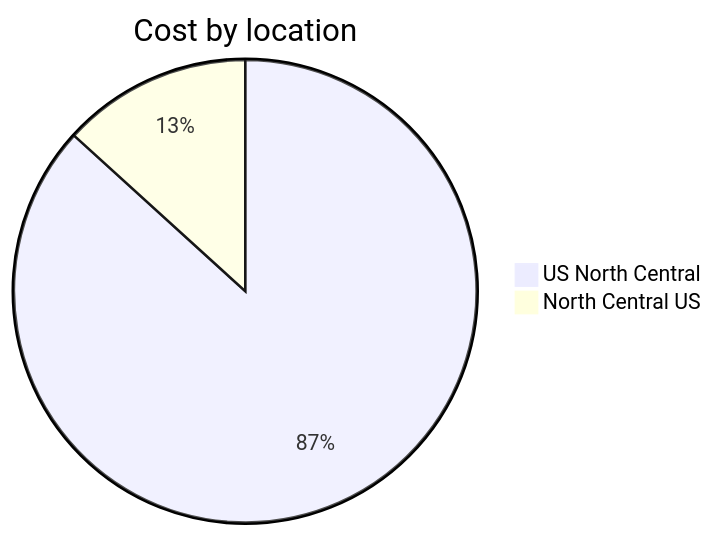
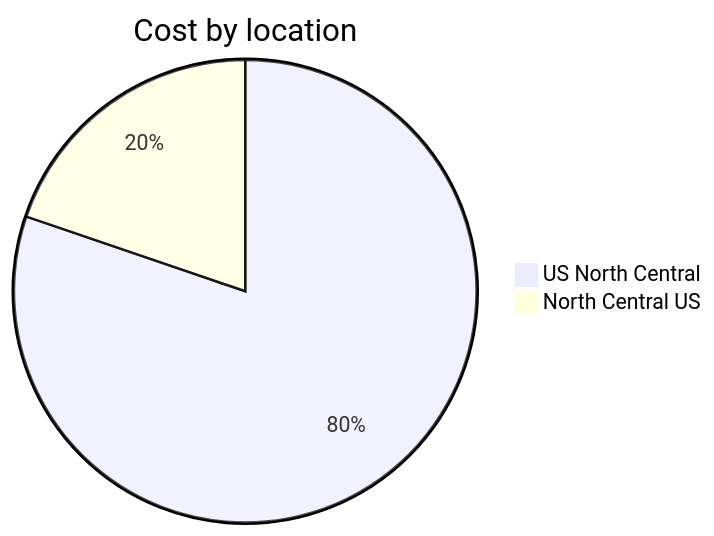
The third of 4 diagrams in cost-reports/personal-network/backup-server_OsDisk.md (jpfulton/azure-personal-reports), drawn with Mermaid before and after one commit. The commit also changed other lines of this file and 8 other files, not shown here.

````diff
--- a/cost-reports/personal-network/backup-server_OsDisk.md
+++ b/cost-reports/personal-network/backup-server_OsDisk.md
@@ -108,6 +108,6 @@
 ```mermaid
 pie
    title Cost by location
-   "US North Central" : 1.44
-   "North Central US" : 0.22
+   "US North Central" : 1.38
+   "North Central US" : 0.34
 ```
````
